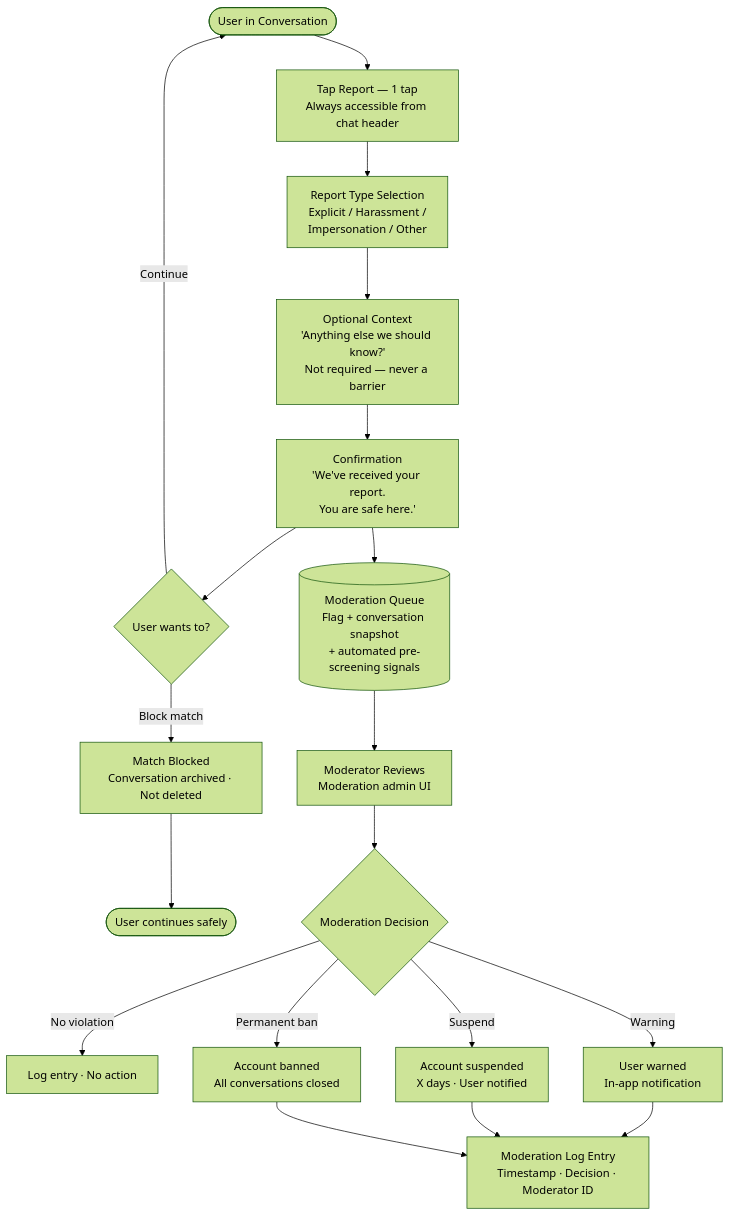
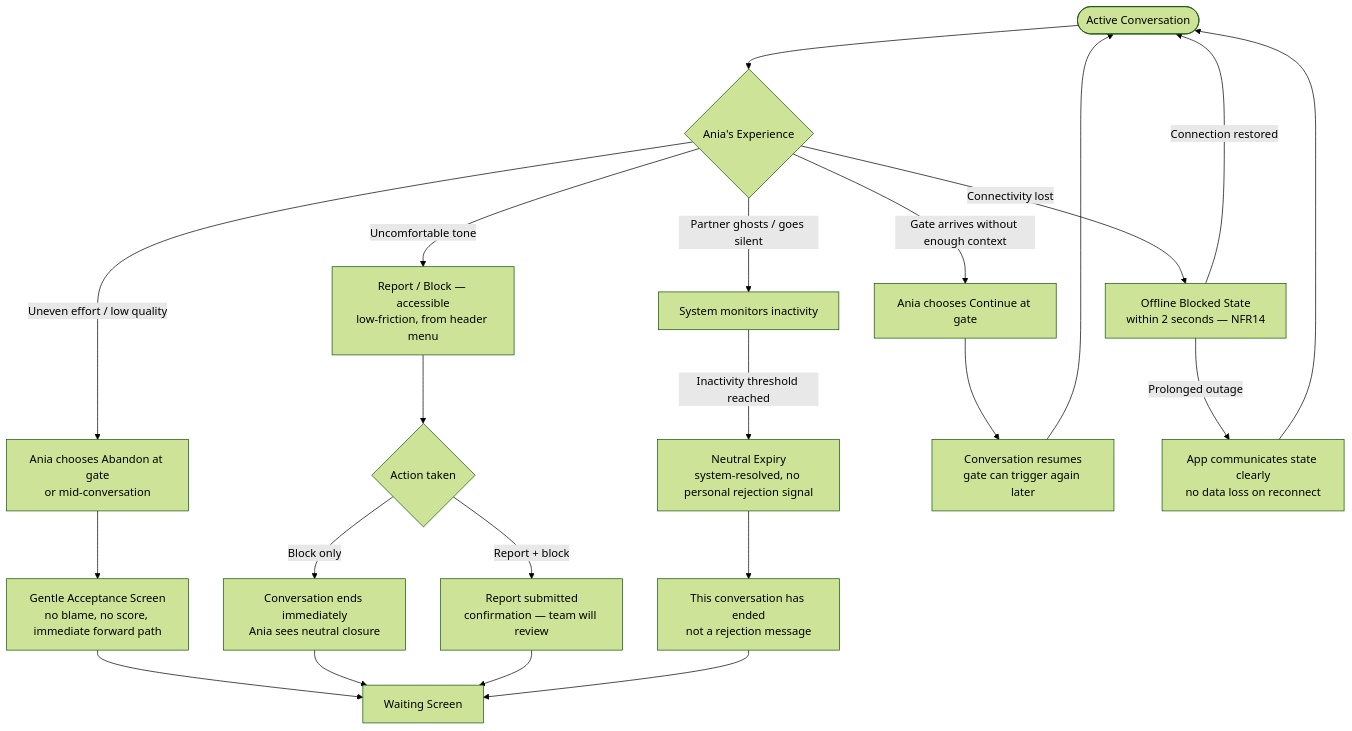
One commit to Velociapcior/Blinder changed the third of 3 diagrams in _bmad-output/planning-artifacts/ux-design-specification.md. Above: the diagram before and after it, drawn with Mermaid (forest theme). The commit also changed other lines of this file and 970 other files, not shown here.

````diff
--- a/_bmad-output/planning-artifacts/ux-design-specification.md
+++ b/_bmad-output/planning-artifacts/ux-design-specification.md
@@ -972,20 +608,29 @@
 ```mermaid
 flowchart TD
-    A([User in Conversation]) --> B[Tap Report — 1 tap\nAlways accessible from chat header]
-    B --> C[Report Type Selection\nExplicit / Harassment /\nImpersonation / Other]
-    C --> D[Optional Context\n'Anything else we should know?'\nNot required — never a barrier]
-    D --> E[Confirmation\n'We've received your report.\nYou are safe here.']
-    E --> F{User wants to?}
-    F -->|Block match| G[Match Blocked\nConversation archived · Not deleted]
-    F -->|Continue| A
-    G --> H([User continues safely])
+    A([Active Conversation]) --> B{Ania's Experience}
 
-    E --> I[(Moderation Queue\nFlag + conversation snapshot\n+ automated pre-screening signals)]
-    I --> J[Moderator Reviews\nModeration admin UI]
-    J --> K{Moderation Decision}
-    K -->|No violation| L[Log entry · No action]
-    K -->|Warning| M[User warned\nIn-app notification]
-    K -->|Suspend| N[Account suspended\nX days · User notified]
-    K -->|Permanent ban| O[Account banned\nAll conversations closed]
-    M & N & O --> P[Moderation Log Entry\nTimestamp · Decision · Moderator ID]
+    B -- Uneven effort / low quality --> C[Ania chooses Abandon at gate\nor mid-conversation]
+    C --> D[Gentle Acceptance Screen\nno blame, no score, immediate forward path]
+    D --> E[Waiting Screen]
+
+    B -- Uncomfortable tone --> F[Report / Block — accessible\nlow-friction, from header menu]
+    F --> G{Action taken}
+    G -- Block only --> H[Conversation ends immediately\nAnia sees neutral closure]
+    G -- Report + block --> I[Report submitted\nconfirmation — team will review]
+    H --> E
+    I --> E
+
+    B -- Partner ghosts / goes silent --> J[System monitors inactivity]
+    J -- Inactivity threshold reached --> K[Neutral Expiry\nsystem-resolved, no personal rejection signal]
+    K --> L[This conversation has ended\nnot a rejection message]
+    L --> E
+
+    B -- Gate arrives without enough context --> M[Ania chooses Continue at gate]
+    M --> N[Conversation resumes\ngate can trigger again later]
+    N --> A
+
+    B -- Connectivity lost --> O[Offline Blocked State\nwithin 2 seconds — NFR14]
+    O -- Connection restored --> A
+    O -- Prolonged outage --> P[App communicates state clearly\nno data loss on reconnect]
+    P --> A
 ```
````
